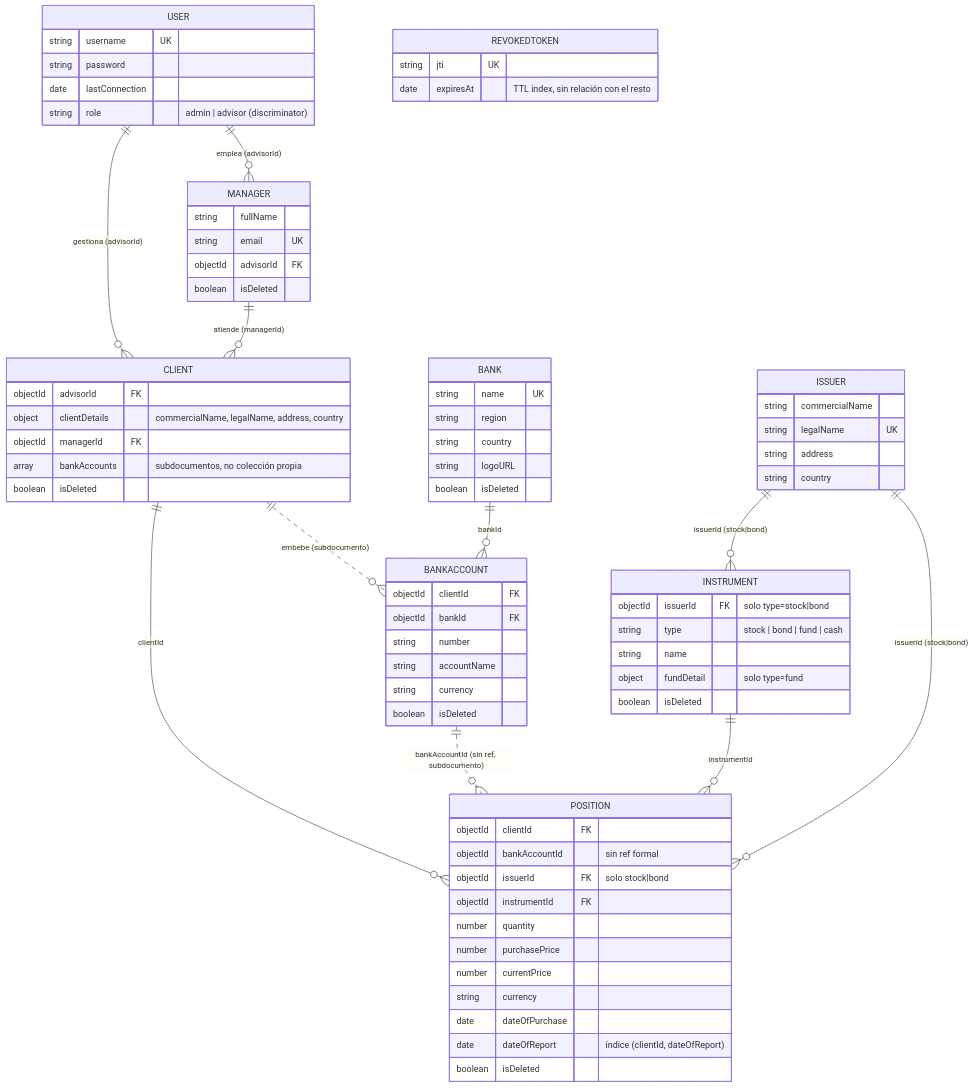
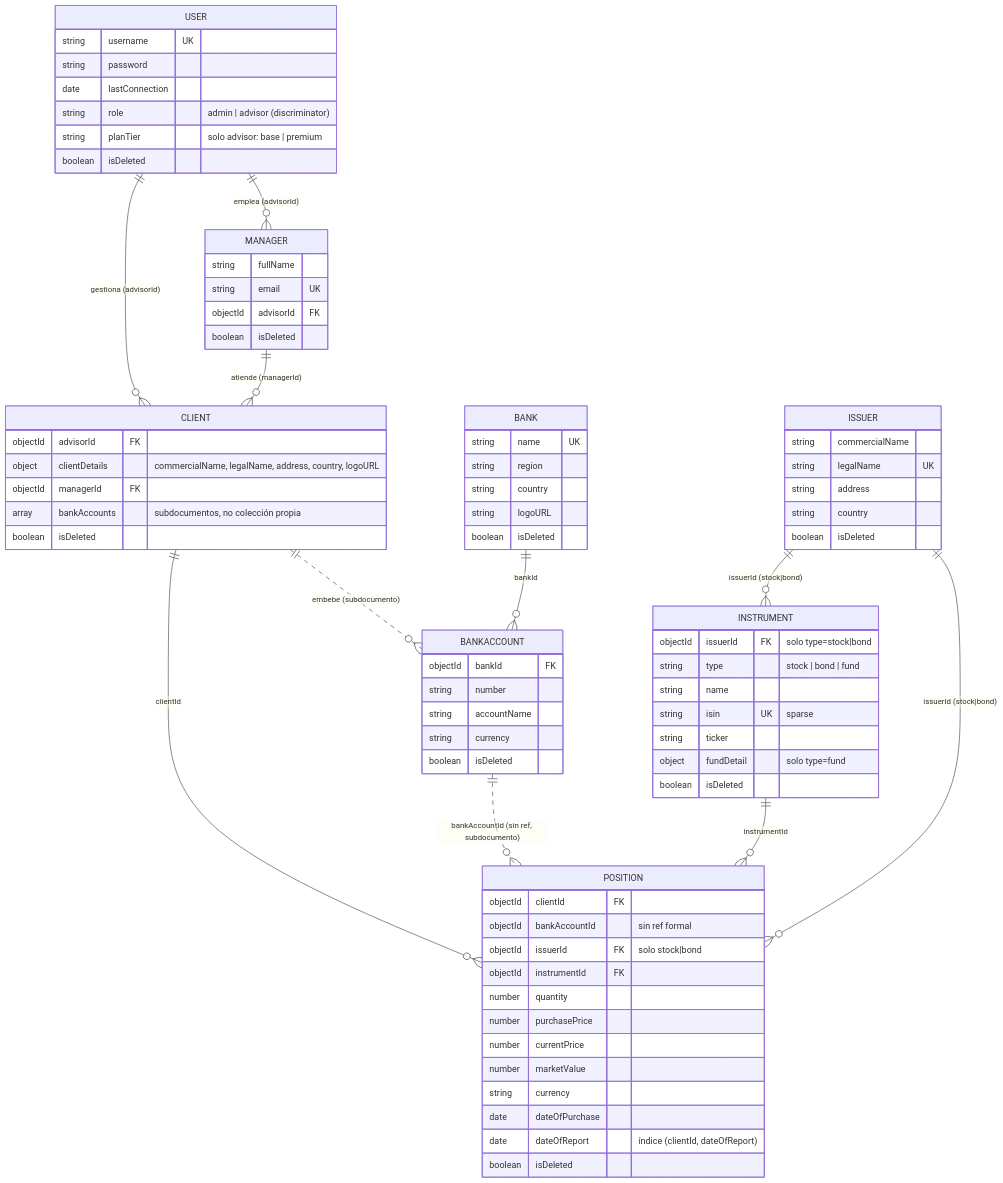
The second of 3 diagrams in README.md (FrancoRossi-Dev/obligatorio), drawn with Mermaid before and after one commit. The commit also changed other lines of this file and 69 other files, not shown here.

````diff
--- a/README.md
+++ b/README.md
@@ -221,77 +222,78 @@
 ```mermaid
 erDiagram
     USER ||--o{ CLIENT : "gestiona (advisorId)"
     USER ||--o{ MANAGER : "emplea (advisorId)"
     MANAGER ||--o{ CLIENT : "atiende (managerId)"
     MANAGER {
         string fullName
         string email UK
         objectId advisorId FK
         boolean isDeleted
     }
     USER {
         string username UK
         string password
         date lastConnection
         string role "admin | advisor (discriminator)"
+        string planTier "solo advisor: base | premium"
+        boolean isDeleted
     }
     CLIENT ||--o{ POSITION : "clientId"
     CLIENT ||..o{ BANKACCOUNT : "embebe (subdocumento)"
     CLIENT {
         objectId advisorId FK
-        object clientDetails "commercialName, legalName, address, country"
+        object clientDetails "commercialName, legalName, address, country, logoURL"
         objectId managerId FK
         array bankAccounts "subdocumentos, no colección propia"
         boolean isDeleted
     }
     BANK ||--o{ BANKACCOUNT : "bankId"
     BANK {
         string name UK
         string region
         string country
         string logoURL
         boolean isDeleted
     }
     BANKACCOUNT {
-        objectId clientId FK
         objectId bankId FK
         string number
         string accountName
         string currency
         boolean isDeleted
     }
     BANKACCOUNT ||..o{ POSITION : "bankAccountId (sin ref, subdocumento)"
     INSTRUMENT ||--o{ POSITION : "instrumentId"
     INSTRUMENT {
         objectId issuerId FK "solo type=stock|bond"
-        string type "stock | bond | fund | cash"
+        string type "stock | bond | fund"
         string name
+        string isin UK "sparse"
+        string ticker
         object fundDetail "solo type=fund"
         boolean isDeleted
     }
     ISSUER ||--o{ INSTRUMENT : "issuerId (stock|bond)"
     ISSUER ||--o{ POSITION : "issuerId (stock|bond)"
     ISSUER {
         string commercialName
         string legalName UK
         string address
         string country
+        boolean isDeleted
     }
     POSITION {
         objectId clientId FK
         objectId bankAccountId "sin ref formal"
         objectId issuerId FK "solo stock|bond"
         objectId instrumentId FK
         number quantity
         number purchasePrice
         number currentPrice
+        number marketValue
         string currency
         date dateOfPurchase
         date dateOfReport "índice (clientId, dateOfReport)"
         boolean isDeleted
     }
-    REVOKEDTOKEN {
-        string jti UK
-        date expiresAt "TTL index, sin relación con el resto"
-    }
 ```
````
